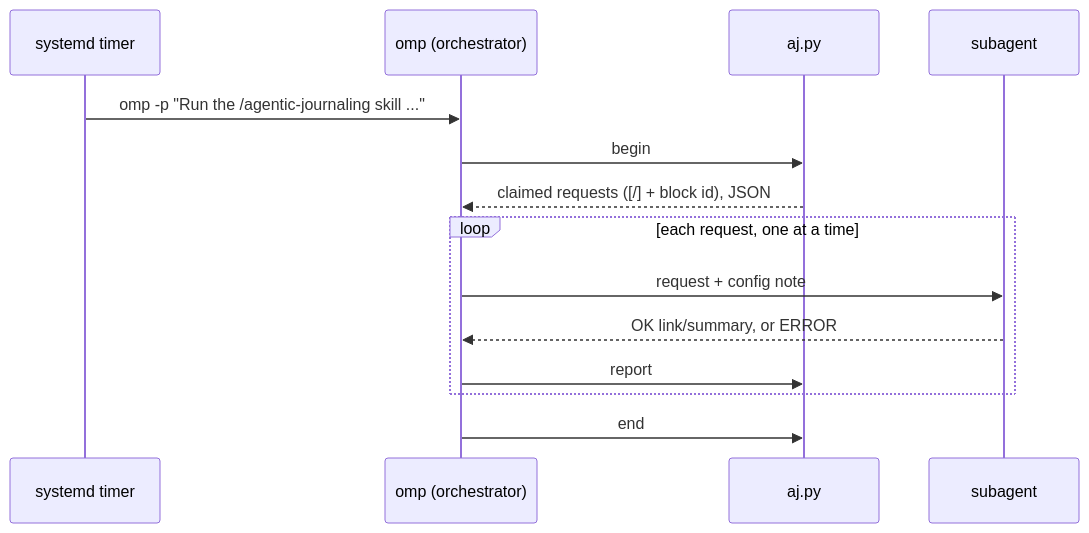
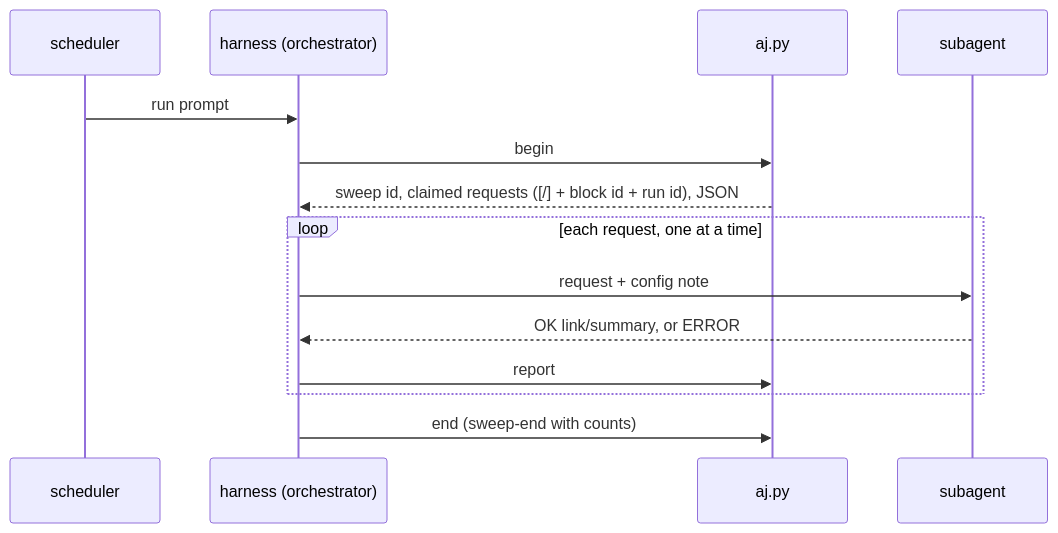
The diagram in README.md (moltob/agent-journaling), drawn with Mermaid before and after one commit. The commit also changed other lines of this file and 6 other files, not shown here.

````diff
--- a/README.md
+++ b/README.md
@@ -27,16 +28,16 @@
 ```mermaid
 sequenceDiagram
-  participant T as systemd timer
-  participant O as omp (orchestrator)
+  participant T as scheduler
+  participant O as harness (orchestrator)
   participant S as aj.py
   participant A as subagent
-  T->>O: omp -p "Run the /agentic-journaling skill ..."
+  T->>O: run prompt
   O->>S: begin
-  S-->>O: claimed requests ([/] + block id), JSON
+  S-->>O: sweep id, claimed requests ([/] + block id + run id), JSON
   loop each request, one at a time
     O->>A: request + config note
     A-->>O: OK link/summary, or ERROR
     O->>S: report
   end
-  O->>S: end
+  O->>S: end (sweep-end with counts)
 ```
````
